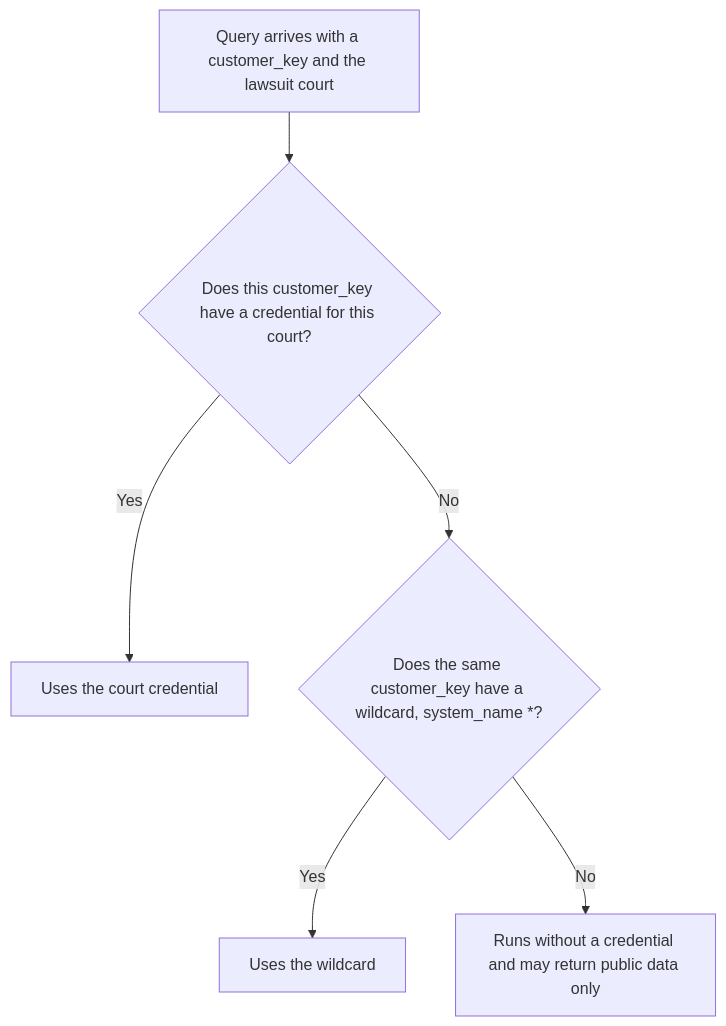
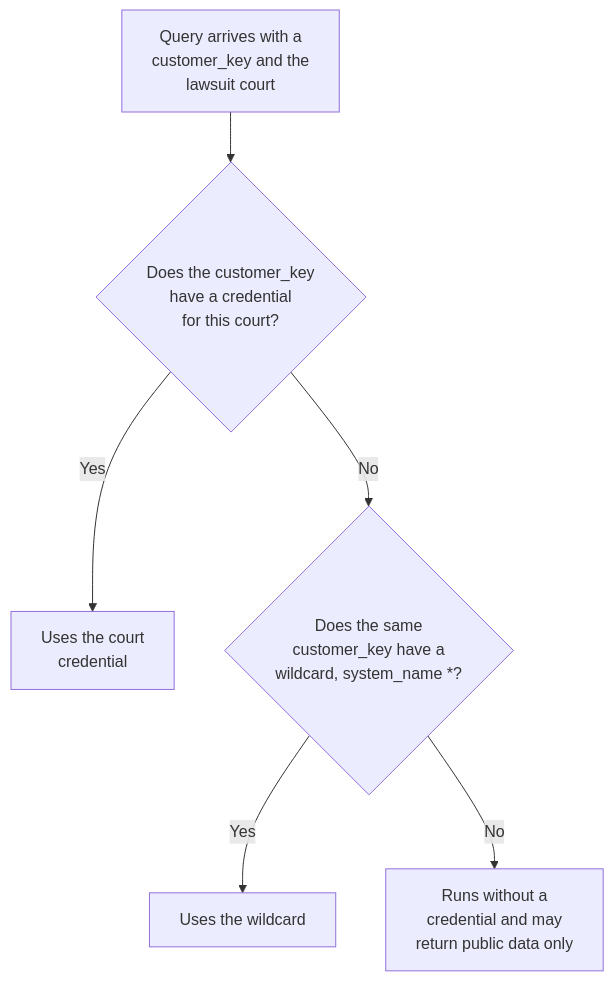
Before and after one commit to abdallaJUDIT/docs: the fourth of 4 diagrams in en/essentials/cofre-de-credenciais.mdx, drawn with Mermaid. The commit also changed other lines of this file and 1 other file, not shown here.

````diff
--- a/en/essentials/cofre-de-credenciais.mdx
+++ b/en/essentials/cofre-de-credenciais.mdx
@@ -387,8 +387,8 @@
 ```mermaid
 flowchart TD
-    A[Query arrives with a customer_key and the lawsuit court] --> B{Does this customer_key have a credential for this court?}
-    B -->|Yes| C[Uses the court credential]
-    B -->|No| D{Does the same customer_key have a wildcard, system_name *?}
+    A[Query arrives with a<br/>customer_key and the<br/>lawsuit court] --> B{Does the customer_key<br/>have a credential<br/>for this court?}
+    B -->|Yes| C[Uses the court<br/>credential]
+    B -->|No| D{Does the same<br/>customer_key have a<br/>wildcard, system_name *?}
     D -->|Yes| E[Uses the wildcard]
-    D -->|No| F[Runs without a credential and may return public data only]
+    D -->|No| F[Runs without a<br/>credential and may<br/>return public data only]
 ```
````
